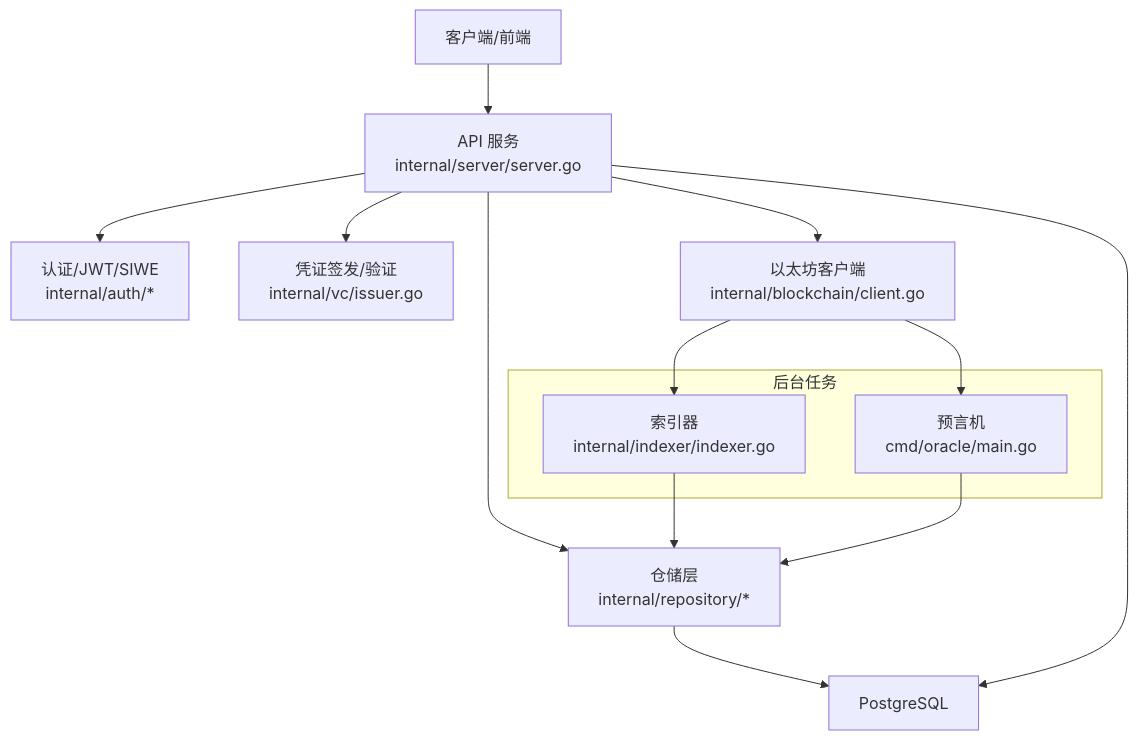
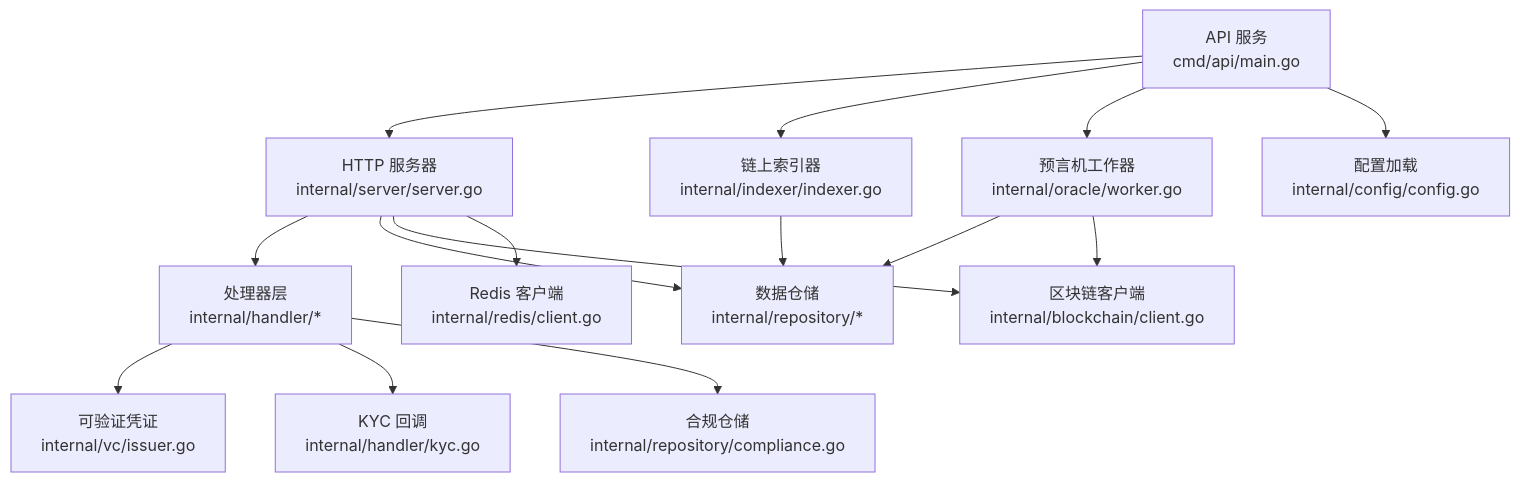
Before and after one commit to SimonHofman/PredictionDIDSimple: the second of 5 diagrams in backend/.qoder/repowiki/zh/content/项目概述.md, drawn with Mermaid. The commit also changed other lines of this file and 162 other files, not shown here.

````diff
--- a/backend/.qoder/repowiki/zh/content/项目概述.md
+++ b/backend/.qoder/repowiki/zh/content/项目概述.md
@@ -156,18 +173,17 @@
 ```mermaid
 graph TB
-Client["客户端/前端"] --> API["API 服务<br/>internal/server/server.go"]
-API --> Repo["仓储层<br/>internal/repository/*"]
-API --> Auth["认证/JWT/SIWE<br/>internal/auth/*"]
-API --> VCMod["凭证签发/验证<br/>internal/vc/issuer.go"]
-API --> Chain["以太坊客户端<br/>internal/blockchain/client.go"]
-subgraph "后台任务"
-IDX["索引器<br/>internal/indexer/indexer.go"]
-ORA["预言机<br/>cmd/oracle/main.go"]
-end
-Chain --> IDX
-Chain --> ORA
-IDX --> Repo
-ORA --> Repo
-Repo --> DB["PostgreSQL"]
-API --> DB
+API["API 服务<br/>cmd/api/main.go"] --> SRV["HTTP 服务器<br/>internal/server/server.go"]
+API --> IDX["链上索引器<br/>internal/indexer/indexer.go"]
+API --> ORA["预言机工作器<br/>internal/oracle/worker.go"]
+API --> CFG["配置加载<br/>internal/config/config.go"]
+SRV --> HND["处理器层<br/>internal/handler/*"]
+SRV --> REP["数据仓储<br/>internal/repository/*"]
+SRV --> BC["区块链客户端<br/>internal/blockchain/client.go"]
+SRV --> RDS["Redis 客户端<br/>internal/redis/client.go"]
+HND --> VC["可验证凭证<br/>internal/vc/issuer.go"]
+HND --> KCB["KYC 回调<br/>internal/handler/kyc.go"]
+HND --> CMP["合规仓储<br/>internal/repository/compliance.go"]
+IDX --> REP
+ORA --> REP
+ORA --> BC
 ```
````
